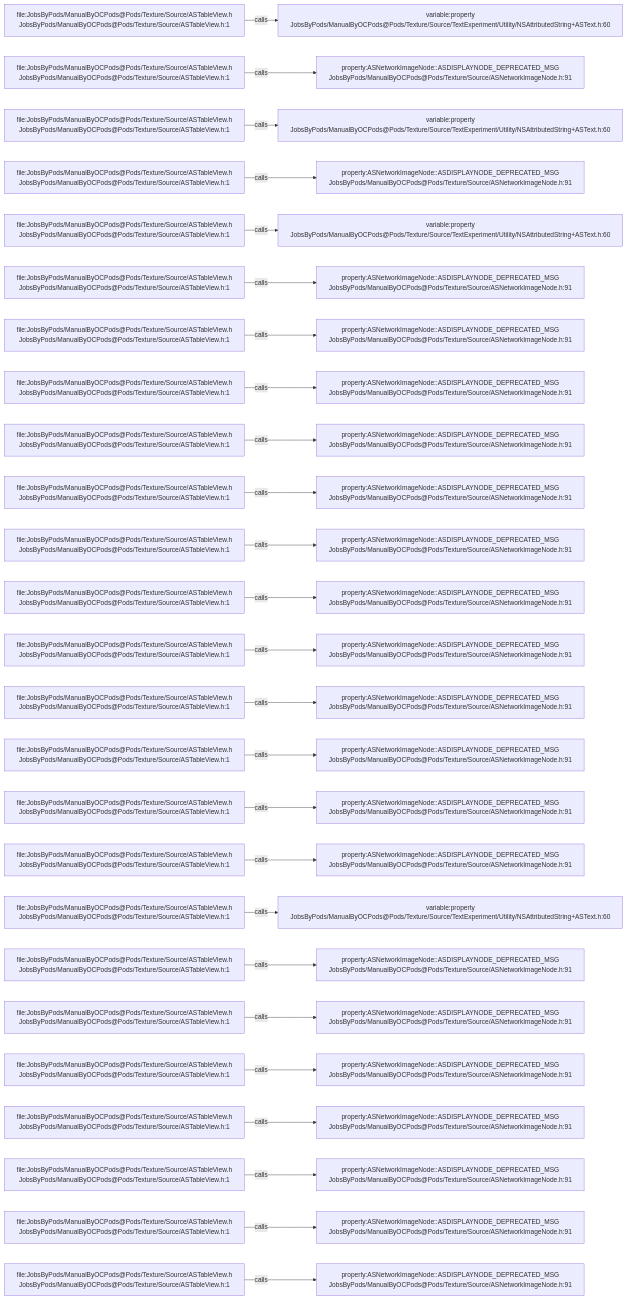
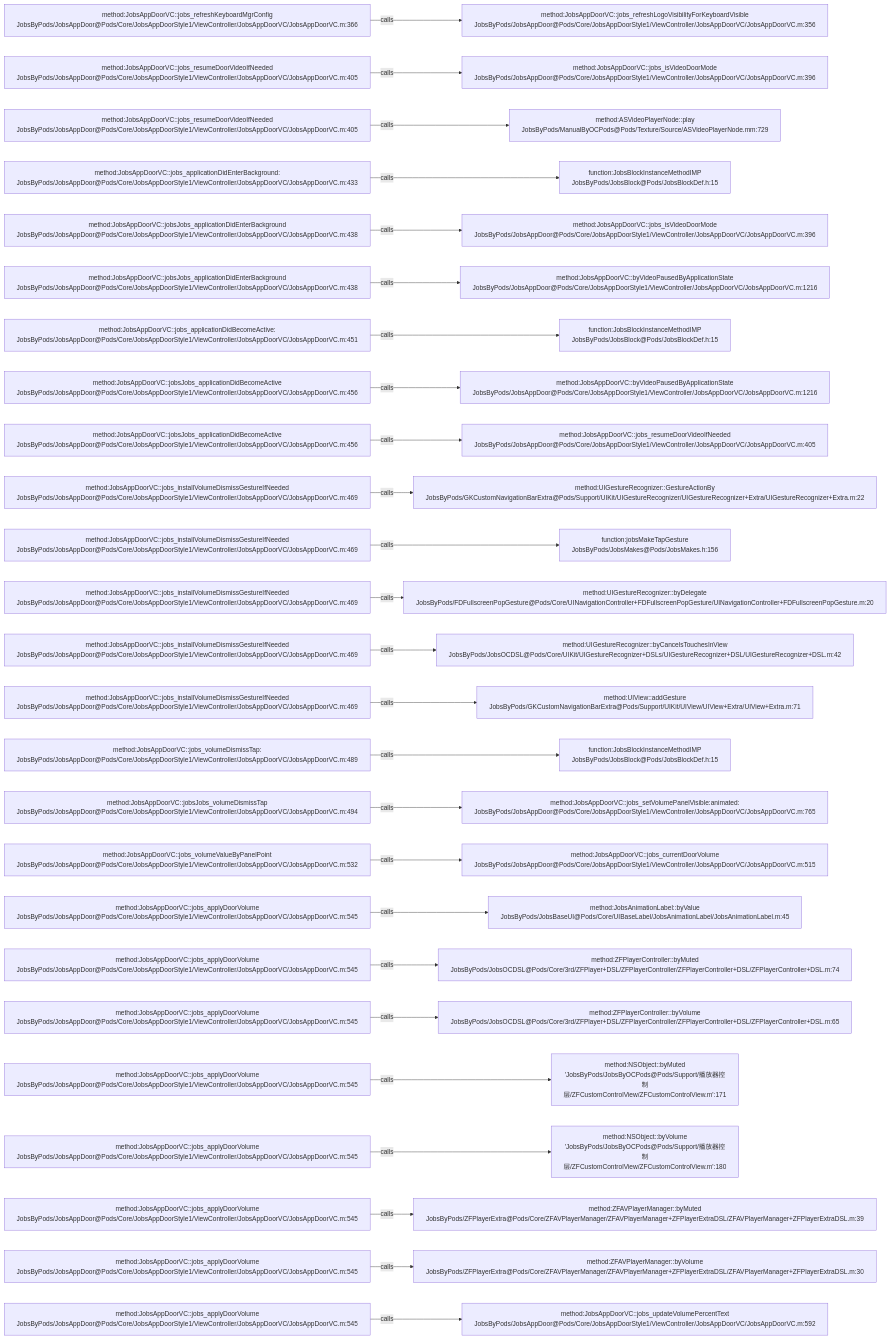
One commit to JobsKits/JobsOCBaseConfigDemo changed the diagram in .codegraph/codegraph.md/graphs/calls-110.md. Above: the diagram before and after it, drawn with Mermaid. The commit also changed 768 other files, not shown here.

````diff
--- a/.codegraph/codegraph.md/graphs/calls-110.md
+++ b/.codegraph/codegraph.md/graphs/calls-110.md
@@ -13,78 +13,78 @@
 ```mermaid
 flowchart LR
-  S1["file:JobsByPods/ManualByOCPods@Pods/Texture/Source/ASTableView.h<br/>JobsByPods/ManualByOCPods@Pods/Texture/Source/ASTableView.h:1"]
-  T1["variable:property<br/>JobsByPods/ManualByOCPods@Pods/Texture/Source/TextExperiment/Utility/NSAttributedString+ASText.h:60"]
+  S1["method:JobsAppDoorVC::jobs_refreshKeyboardMgrConfig<br/>JobsByPods/JobsAppDoor@Pods/Core/JobsAppDoorStyle1/ViewController/JobsAppDoorVC/JobsAppDoorVC.m:366"]
+  T1["method:JobsAppDoorVC::jobs_refreshLogoVisibilityForKeyboardVisible<br/>JobsByPods/JobsAppDoor@Pods/Core/JobsAppDoorStyle1/ViewController/JobsAppDoorVC/JobsAppDoorVC.m:356"]
   S1 -->|calls| T1
-  S2["file:JobsByPods/ManualByOCPods@Pods/Texture/Source/ASTableView.h<br/>JobsByPods/ManualByOCPods@Pods/Texture/Source/ASTableView.h:1"]
-  T2["property:ASNetworkImageNode::ASDISPLAYNODE_DEPRECATED_MSG<br/>JobsByPods/ManualByOCPods@Pods/Texture/Source/ASNetworkImageNode.h:91"]
+  S2["method:JobsAppDoorVC::jobs_resumeDoorVideoIfNeeded<br/>JobsByPods/JobsAppDoor@Pods/Core/JobsAppDoorStyle1/ViewController/JobsAppDoorVC/JobsAppDoorVC.m:405"]
+  T2["method:JobsAppDoorVC::jobs_isVideoDoorMode<br/>JobsByPods/JobsAppDoor@Pods/Core/JobsAppDoorStyle1/ViewController/JobsAppDoorVC/JobsAppDoorVC.m:396"]
   S2 -->|calls| T2
-  S3["file:JobsByPods/ManualByOCPods@Pods/Texture/Source/ASTableView.h<br/>JobsByPods/ManualByOCPods@Pods/Texture/Source/ASTableView.h:1"]
-  T3["variable:property<br/>JobsByPods/ManualByOCPods@Pods/Texture/Source/TextExperiment/Utility/NSAttributedString+ASText.h:60"]
+  S3["method:JobsAppDoorVC::jobs_resumeDoorVideoIfNeeded<br/>JobsByPods/JobsAppDoor@Pods/Core/JobsAppDoorStyle1/ViewController/JobsAppDoorVC/JobsAppDoorVC.m:405"]
+  T3["method:ASVideoPlayerNode::play<br/>JobsByPods/ManualByOCPods@Pods/Texture/Source/ASVideoPlayerNode.mm:729"]
   S3 -->|calls| T3
-  S4["file:JobsByPods/ManualByOCPods@Pods/Texture/Source/ASTableView.h<br/>JobsByPods/ManualByOCPods@Pods/Texture/Source/ASTableView.h:1"]
-  T4["property:ASNetworkImageNode::ASDISPLAYNODE_DEPRECATED_MSG<br/>JobsByPods/ManualByOCPods@Pods/Texture/Source/ASNetworkImageNode.h:91"]
+  S4["method:JobsAppDoorVC::jobs_applicationDidEnterBackground:<br/>JobsByPods/JobsAppDoor@Pods/Core/JobsAppDoorStyle1/ViewController/JobsAppDoorVC/JobsAppDoorVC.m:433"]
+  T4["function:JobsBlockInstanceMethodIMP<br/>JobsByPods/JobsBlock@Pods/JobsBlockDef.h:15"]
   S4 -->|calls| T4
-  S5["file:JobsByPods/ManualByOCPods@Pods/Texture/Source/ASTableView.h<br/>JobsByPods/ManualByOCPods@Pods/Texture/Source/ASTableView.h:1"]
-  T5["variable:property<br/>JobsByPods/ManualByOCPods@Pods/Texture/Source/TextExperiment/Utility/NSAttributedString+ASText.h:60"]
+  S5["method:JobsAppDoorVC::jobsJobs_applicationDidEnterBackground<br/>JobsByPods/JobsAppDoor@Pods/Core/JobsAppDoorStyle1/ViewController/JobsAppDoorVC/JobsAppDoorVC.m:438"]
+  T5["method:JobsAppDoorVC::jobs_isVideoDoorMode<br/>JobsByPods/JobsAppDoor@Pods/Core/JobsAppDoorStyle1/ViewController/JobsAppDoorVC/JobsAppDoorVC.m:396"]
   S5 -->|calls| T5
-  S6["file:JobsByPods/ManualByOCPods@Pods/Texture/Source/ASTableView.h<br/>JobsByPods/ManualByOCPods@Pods/Texture/Source/ASTableView.h:1"]
-  T6["property:ASNetworkImageNode::ASDISPLAYNODE_DEPRECATED_MSG<br/>JobsByPods/ManualByOCPods@Pods/Texture/Source/ASNetworkImageNode.h:91"]
+  S6["method:JobsAppDoorVC::jobsJobs_applicationDidEnterBackground<br/>JobsByPods/JobsAppDoor@Pods/Core/JobsAppDoorStyle1/ViewController/JobsAppDoorVC/JobsAppDoorVC.m:438"]
+  T6["method:JobsAppDoorVC::byVideoPausedByApplicationState<br/>JobsByPods/JobsAppDoor@Pods/Core/JobsAppDoorStyle1/ViewController/JobsAppDoorVC/JobsAppDoorVC.m:1216"]
   S6 -->|calls| T6
-  S7["file:JobsByPods/ManualByOCPods@Pods/Texture/Source/ASTableView.h<br/>JobsByPods/ManualByOCPods@Pods/Texture/Source/ASTableView.h:1"]
-  T7["property:ASNetworkImageNode::ASDISPLAYNODE_DEPRECATED_MSG<br/>JobsByPods/ManualByOCPods@Pods/Texture/Source/ASNetworkImageNode.h:91"]
+  S7["method:JobsAppDoorVC::jobs_applicationDidBecomeActive:<br/>JobsByPods/JobsAppDoor@Pods/Core/JobsAppDoorStyle1/ViewController/JobsAppDoorVC/JobsAppDoorVC.m:451"]
+  T7["function:JobsBlockInstanceMethodIMP<br/>JobsByPods/JobsBlock@Pods/JobsBlockDef.h:15"]
   S7 -->|calls| T7
-  S8["file:JobsByPods/ManualByOCPods@Pods/Texture/Source/ASTableView.h<br/>JobsByPods/ManualByOCPods@Pods/Texture/Source/ASTableView.h:1"]
-  T8["property:ASNetworkImageNode::ASDISPLAYNODE_DEPRECATED_MSG<br/>JobsByPods/ManualByOCPods@Pods/Texture/Source/ASNetworkImageNode.h:91"]
+  S8["method:JobsAppDoorVC::jobsJobs_applicationDidBecomeActive<br/>JobsByPods/JobsAppDoor@Pods/Core/JobsAppDoorStyle1/ViewController/JobsAppDoorVC/JobsAppDoorVC.m:456"]
+  T8["method:JobsAppDoorVC::byVideoPausedByApplicationState<br/>JobsByPods/JobsAppDoor@Pods/Core/JobsAppDoorStyle1/ViewController/JobsAppDoorVC/JobsAppDoorVC.m:1216"]
   S8 -->|calls| T8
-  S9["file:JobsByPods/ManualByOCPods@Pods/Texture/Source/ASTableView.h<br/>JobsByPods/ManualByOCPods@Pods/Texture/Source/ASTableView.h:1"]
-  T9["property:ASNetworkImageNode::ASDISPLAYNODE_DEPRECATED_MSG<br/>JobsByPods/ManualByOCPods@Pods/Texture/Source/ASNetworkImageNode.h:91"]
+  S9["method:JobsAppDoorVC::jobsJobs_applicationDidBecomeActive<br/>JobsByPods/JobsAppDoor@Pods/Core/JobsAppDoorStyle1/ViewController/JobsAppDoorVC/JobsAppDoorVC.m:456"]
+  T9["method:JobsAppDoorVC::jobs_resumeDoorVideoIfNeeded<br/>JobsByPods/JobsAppDoor@Pods/Core/JobsAppDoorStyle1/ViewController/JobsAppDoorVC/JobsAppDoorVC.m:405"]
   S9 -->|calls| T9
-  S10["file:JobsByPods/ManualByOCPods@Pods/Texture/Source/ASTableView.h<br/>JobsByPods/ManualByOCPods@Pods/Texture/Source/ASTableView.h:1"]
-  T10["property:ASNetworkImageNode::ASDISPLAYNODE_DEPRECATED_MSG<br/>JobsByPods/ManualByOCPods@Pods/Texture/Source/ASNetworkImageNode.h:91"]
+  S10["method:JobsAppDoorVC::jobs_installVolumeDismissGestureIfNeeded<br/>JobsByPods/JobsAppDoor@Pods/Core/JobsAppDoorStyle1/ViewController/JobsAppDoorVC/JobsAppDoorVC.m:469"]
+  T10["method:UIGestureRecognizer::GestureActionBy<br/>JobsByPods/GKCustomNavigationBarExtra@Pods/Support/UIKit/UIGestureRecognizer/UIGestureRecognizer+Extra/UIGestureRecognizer+Extra.m:22"]
   S10 -->|calls| T10
-  S11["file:JobsByPods/ManualByOCPods@Pods/Texture/Source/ASTableView.h<br/>JobsByPods/ManualByOCPods@Pods/Texture/Source/ASTableView.h:1"]
-  T11["property:ASNetworkImageNode::ASDISPLAYNODE_DEPRECATED_MSG<br/>JobsByPods/ManualByOCPods@Pods/Texture/Source/ASNetworkImageNode.h:91"]
+  S11["method:JobsAppDoorVC::jobs_installVolumeDismissGestureIfNeeded<br/>JobsByPods/JobsAppDoor@Pods/Core/JobsAppDoorStyle1/ViewController/JobsAppDoorVC/JobsAppDoorVC.m:469"]
+  T11["function:jobsMakeTapGesture<br/>JobsByPods/JobsMakes@Pods/JobsMakes.h:156"]
   S11 -->|calls| T11
-  S12["file:JobsByPods/ManualByOCPods@Pods/Texture/Source/ASTableView.h<br/>JobsByPods/ManualByOCPods@Pods/Texture/Source/ASTableView.h:1"]
-  T12["property:ASNetworkImageNode::ASDISPLAYNODE_DEPRECATED_MSG<br/>JobsByPods/ManualByOCPods@Pods/Texture/Source/ASNetworkImageNode.h:91"]
+  S12["method:JobsAppDoorVC::jobs_installVolumeDismissGestureIfNeeded<br/>JobsByPods/JobsAppDoor@Pods/Core/JobsAppDoorStyle1/ViewController/JobsAppDoorVC/JobsAppDoorVC.m:469"]
+  T12["method:UIGestureRecognizer::byDelegate<br/>JobsByPods/FDFullscreenPopGesture@Pods/Core/UINavigationController+FDFullscreenPopGesture/UINavigationController+FDFullscreenPopGesture.m:20"]
   S12 -->|calls| T12
-  S13["file:JobsByPods/ManualByOCPods@Pods/Texture/Source/ASTableView.h<br/>JobsByPods/ManualByOCPods@Pods/Texture/Source/ASTableView.h:1"]
-  T13["property:ASNetworkImageNode::ASDISPLAYNODE_DEPRECATED_MSG<br/>JobsByPods/ManualByOCPods@Pods/Texture/Source/ASNetworkImageNode.h:91"]
+  S13["method:JobsAppDoorVC::jobs_installVolumeDismissGestureIfNeeded<br/>JobsByPods/JobsAppDoor@Pods/Core/JobsAppDoorStyle1/ViewController/JobsAppDoorVC/JobsAppDoorVC.m:469"]
+  T13["method:UIGestureRecognizer::byCancelsTouchesInView<br/>JobsByPods/JobsOCDSL@Pods/Core/UIKit/UIGestureRecognizer+DSLs/UIGestureRecognizer+DSL/UIGestureRecognizer+DSL.m:42"]
   S13 -->|calls| T13
-  S14["file:JobsByPods/ManualByOCPods@Pods/Texture/Source/ASTableView.h<br/>JobsByPods/ManualByOCPods@Pods/Texture/Source/ASTableView.h:1"]
-  T14["property:ASNetworkImageNode::ASDISPLAYNODE_DEPRECATED_MSG<br/>JobsByPods/ManualByOCPods@Pods/Texture/Source/ASNetworkImageNode.h:91"]
+  S14["method:JobsAppDoorVC::jobs_installVolumeDismissGestureIfNeeded<br/>JobsByPods/JobsAppDoor@Pods/Core/JobsAppDoorStyle1/ViewController/JobsAppDoorVC/JobsAppDoorVC.m:469"]
+  T14["method:UIView::addGesture<br/>JobsByPods/GKCustomNavigationBarExtra@Pods/Support/UIKit/UIView/UIView+Extra/UIView+Extra.m:71"]
   S14 -->|calls| T14
-  S15["file:JobsByPods/ManualByOCPods@Pods/Texture/Source/ASTableView.h<br/>JobsByPods/ManualByOCPods@Pods/Texture/Source/ASTableView.h:1"]
-  T15["property:ASNetworkImageNode::ASDISPLAYNODE_DEPRECATED_MSG<br/>JobsByPods/ManualByOCPods@Pods/Texture/Source/ASNetworkImageNode.h:91"]
+  S15["method:JobsAppDoorVC::jobs_volumeDismissTap:<br/>JobsByPods/JobsAppDoor@Pods/Core/JobsAppDoorStyle1/ViewController/JobsAppDoorVC/JobsAppDoorVC.m:489"]
+  T15["function:JobsBlockInstanceMethodIMP<br/>JobsByPods/JobsBlock@Pods/JobsBlockDef.h:15"]
   S15 -->|calls| T15
-  S16["file:JobsByPods/ManualByOCPods@Pods/Texture/Source/ASTableView.h<br/>JobsByPods/ManualByOCPods@Pods/Texture/Source/ASTableView.h:1"]
-  T16["property:ASNetworkImageNode::ASDISPLAYNODE_DEPRECATED_MSG<br/>JobsByPods/ManualByOCPods@Pods/Texture/Source/ASNetworkImageNode.h:91"]
+  S16["method:JobsAppDoorVC::jobsJobs_volumeDismissTap<br/>JobsByPods/JobsAppDoor@Pods/Core/JobsAppDoorStyle1/ViewController/JobsAppDoorVC/JobsAppDoorVC.m:494"]
+  T16["method:JobsAppDoorVC::jobs_setVolumePanelVisible:animated:<br/>JobsByPods/JobsAppDoor@Pods/Core/JobsAppDoorStyle1/ViewController/JobsAppDoorVC/JobsAppDoorVC.m:765"]
   S16 -->|calls| T16
-  S17["file:JobsByPods/ManualByOCPods@Pods/Texture/Source/ASTableView.h<br/>JobsByPods/ManualByOCPods@Pods/Texture/Source/ASTableView.h:1"]
-  T17["property:ASNetworkImageNode::ASDISPLAYNODE_DEPRECATED_MSG<br/>JobsByPods/ManualByOCPods@Pods/Texture/Source/ASNetworkImageNode.h:91"]
+  S17["method:JobsAppDoorVC::jobs_volumeValueByPanelPoint<br/>JobsByPods/JobsAppDoor@Pods/Core/JobsAppDoorStyle1/ViewController/JobsAppDoorVC/JobsAppDoorVC.m:532"]
+  T17["method:JobsAppDoorVC::jobs_currentDoorVolume<br/>JobsByPods/JobsAppDoor@Pods/Core/JobsAppDoorStyle1/ViewController/JobsAppDoorVC/JobsAppDoorVC.m:515"]
   S17 -->|calls| T17
-  S18["file:JobsByPods/ManualByOCPods@Pods/Texture/Source/ASTableView.h<br/>JobsByPods/ManualByOCPods@Pods/Texture/Source/ASTableView.h:1"]
-  T18["variable:property<br/>JobsByPods/ManualByOCPods@Pods/Texture/Source/TextExperiment/Utility/NSAttributedString+ASText.h:60"]
+  S18["method:JobsAppDoorVC::jobs_applyDoorVolume<br/>JobsByPods/JobsAppDoor@Pods/Core/JobsAppDoorStyle1/ViewController/JobsAppDoorVC/JobsAppDoorVC.m:545"]
+  T18["method:JobsAnimationLabel::byValue<br/>JobsByPods/JobsBaseUI@Pods/Core/UIBaseLabel/JobsAnimationLabel/JobsAnimationLabel.m:45"]
   S18 -->|calls| T18
-  S19["file:JobsByPods/ManualByOCPods@Pods/Texture/Source/ASTableView.h<br/>JobsByPods/ManualByOCPods@Pods/Texture/Source/ASTableView.h:1"]
-  T19["property:ASNetworkImageNode::ASDISPLAYNODE_DEPRECATED_MSG<br/>JobsByPods/ManualByOCPods@Pods/Texture/Source/ASNetworkImageNode.h:91"]
+  S19["method:JobsAppDoorVC::jobs_applyDoorVolume<br/>JobsByPods/JobsAppDoor@Pods/Core/JobsAppDoorStyle1/ViewController/JobsAppDoorVC/JobsAppDoorVC.m:545"]
+  T19["method:ZFPlayerController::byMuted<br/>JobsByPods/JobsOCDSL@Pods/Core/3rd/ZFPlayer+DSL/ZFPlayerController/ZFPlayerController+DSL/ZFPlayerController+DSL.m:74"]
   S19 -->|calls| T19
-  S20["file:JobsByPods/ManualByOCPods@Pods/Texture/Source/ASTableView.h<br/>JobsByPods/ManualByOCPods@Pods/Texture/Source/ASTableView.h:1"]
-  T20["property:ASNetworkImageNode::ASDISPLAYNODE_DEPRECATED_MSG<br/>JobsByPods/ManualByOCPods@Pods/Texture/Source/ASNetworkImageNode.h:91"]
+  S20["method:JobsAppDoorVC::jobs_applyDoorVolume<br/>JobsByPods/JobsAppDoor@Pods/Core/JobsAppDoorStyle1/ViewController/JobsAppDoorVC/JobsAppDoorVC.m:545"]
+  T20["method:ZFPlayerController::byVolume<br/>JobsByPods/JobsOCDSL@Pods/Core/3rd/ZFPlayer+DSL/ZFPlayerController/ZFPlayerController+DSL/ZFPlayerController+DSL.m:65"]
   S20 -->|calls| T20
-  S21["file:JobsByPods/ManualByOCPods@Pods/Texture/Source/ASTableView.h<br/>JobsByPods/ManualByOCPods@Pods/Texture/Source/ASTableView.h:1"]
-  T21["property:ASNetworkImageNode::ASDISPLAYNODE_DEPRECATED_MSG<br/>JobsByPods/ManualByOCPods@Pods/Texture/Source/ASNetworkImageNode.h:91"]
+  S21["method:JobsAppDoorVC::jobs_applyDoorVolume<br/>JobsByPods/JobsAppDoor@Pods/Core/JobsAppDoorStyle1/ViewController/JobsAppDoorVC/JobsAppDoorVC.m:545"]
+  T21["method:NSObject::byMuted<br/>'JobsByPods/JobsByOCPods@Pods/Support/播放器控制层/ZFCustomControlView/ZFCustomControlView.m':171"]
   S21 -->|calls| T21
-  S22["file:JobsByPods/ManualByOCPods@Pods/Texture/Source/ASTableView.h<br/>JobsByPods/ManualByOCPods@Pods/Texture/Source/ASTableView.h:1"]
-  T22["property:ASNetworkImageNode::ASDISPLAYNODE_DEPRECATED_MSG<br/>JobsByPods/ManualByOCPods@Pods/Texture/Source/ASNetworkImageNode.h:91"]
+  S22["method:JobsAppDoorVC::jobs_applyDoorVolume<br/>JobsByPods/JobsAppDoor@Pods/Core/JobsAppDoorStyle1/ViewController/JobsAppDoorVC/JobsAppDoorVC.m:545"]
+  T22["method:NSObject::byVolume<br/>'JobsByPods/JobsByOCPods@Pods/Support/播放器控制层/ZFCustomControlView/ZFCustomControlView.m':180"]
   S22 -->|calls| T22
-  S23["file:JobsByPods/ManualByOCPods@Pods/Texture/Source/ASTableView.h<br/>JobsByPods/ManualByOCPods@Pods/Texture/Source/ASTableView.h:1"]
-  T23["property:ASNetworkImageNode::ASDISPLAYNODE_DEPRECATED_MSG<br/>JobsByPods/ManualByOCPods@Pods/Texture/Source/ASNetworkImageNode.h:91"]
+  S23["method:JobsAppDoorVC::jobs_applyDoorVolume<br/>JobsByPods/JobsAppDoor@Pods/Core/JobsAppDoorStyle1/ViewController/JobsAppDoorVC/JobsAppDoorVC.m:545"]
+  T23["method:ZFAVPlayerManager::byMuted<br/>JobsByPods/ZFPlayerExtra@Pods/Core/ZFAVPlayerManager/ZFAVPlayerManager+ZFPlayerExtraDSL/ZFAVPlayerManager+ZFPlayerExtraDSL.m:39"]
   S23 -->|calls| T23
-  S24["file:JobsByPods/ManualByOCPods@Pods/Texture/Source/ASTableView.h<br/>JobsByPods/ManualByOCPods@Pods/Texture/Source/ASTableView.h:1"]
-  T24["property:ASNetworkImageNode::ASDISPLAYNODE_DEPRECATED_MSG<br/>JobsByPods/ManualByOCPods@Pods/Texture/Source/ASNetworkImageNode.h:91"]
+  S24["method:JobsAppDoorVC::jobs_applyDoorVolume<br/>JobsByPods/JobsAppDoor@Pods/Core/JobsAppDoorStyle1/ViewController/JobsAppDoorVC/JobsAppDoorVC.m:545"]
+  T24["method:ZFAVPlayerManager::byVolume<br/>JobsByPods/ZFPlayerExtra@Pods/Core/ZFAVPlayerManager/ZFAVPlayerManager+ZFPlayerExtraDSL/ZFAVPlayerManager+ZFPlayerExtraDSL.m:30"]
   S24 -->|calls| T24
-  S25["file:JobsByPods/ManualByOCPods@Pods/Texture/Source/ASTableView.h<br/>JobsByPods/ManualByOCPods@Pods/Texture/Source/ASTableView.h:1"]
-  T25["property:ASNetworkImageNode::ASDISPLAYNODE_DEPRECATED_MSG<br/>JobsByPods/ManualByOCPods@Pods/Texture/Source/ASNetworkImageNode.h:91"]
+  S25["method:JobsAppDoorVC::jobs_applyDoorVolume<br/>JobsByPods/JobsAppDoor@Pods/Core/JobsAppDoorStyle1/ViewController/JobsAppDoorVC/JobsAppDoorVC.m:545"]
+  T25["method:JobsAppDoorVC::jobs_updateVolumePercentText<br/>JobsByPods/JobsAppDoor@Pods/Core/JobsAppDoorStyle1/ViewController/JobsAppDoorVC/JobsAppDoorVC.m:592"]
   S25 -->|calls| T25
 ```
````
